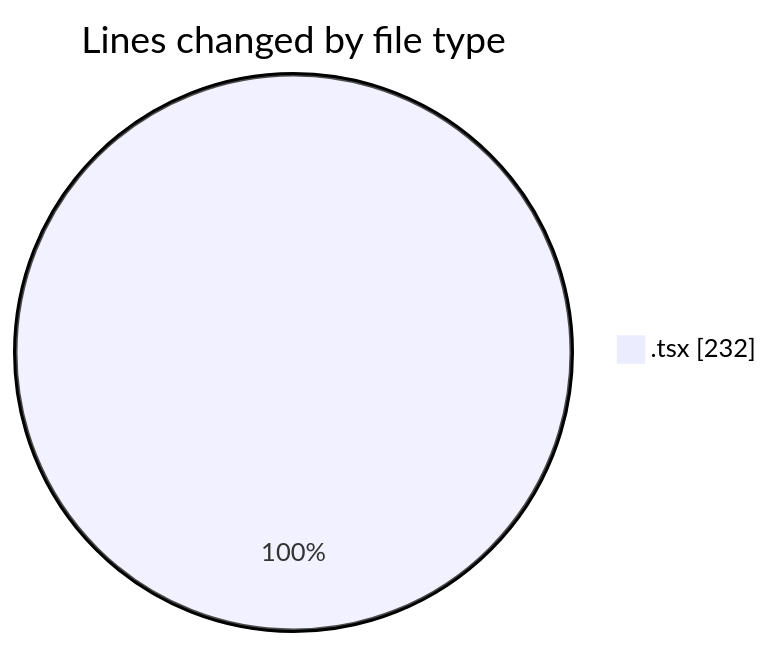
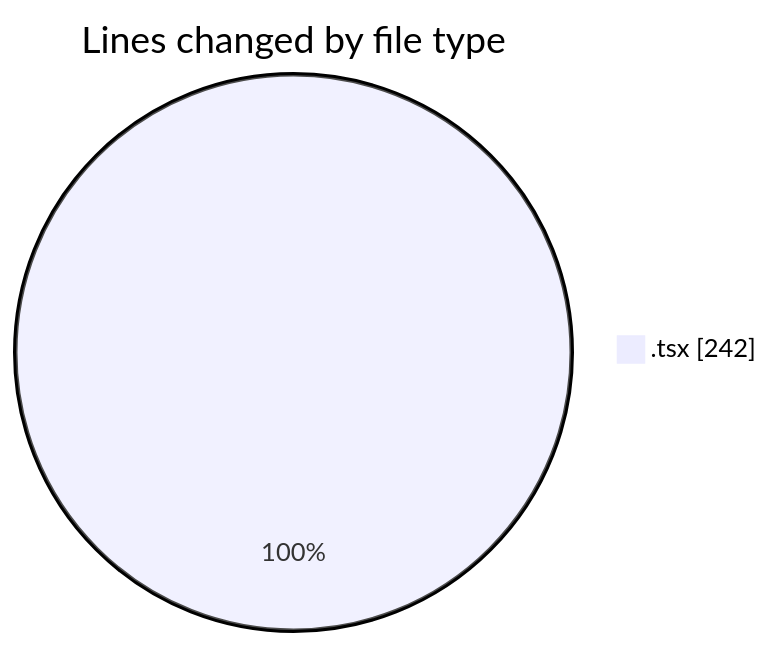
One commit to momahboobian/code-tracking changed the first of 2 diagrams in 2025-02-12/cda/README.md. Above: the diagram before and after it, drawn with Mermaid. The commit also changed other lines of this file and 1 other file, not shown here.

````diff
--- a/2025-02-12/cda/README.md
+++ b/2025-02-12/cda/README.md
@@ -20,5 +20,5 @@
 ```mermaid
 pie showData
 title Lines changed by file type
-".tsx" : 232
+".tsx" : 242
 ```
````
